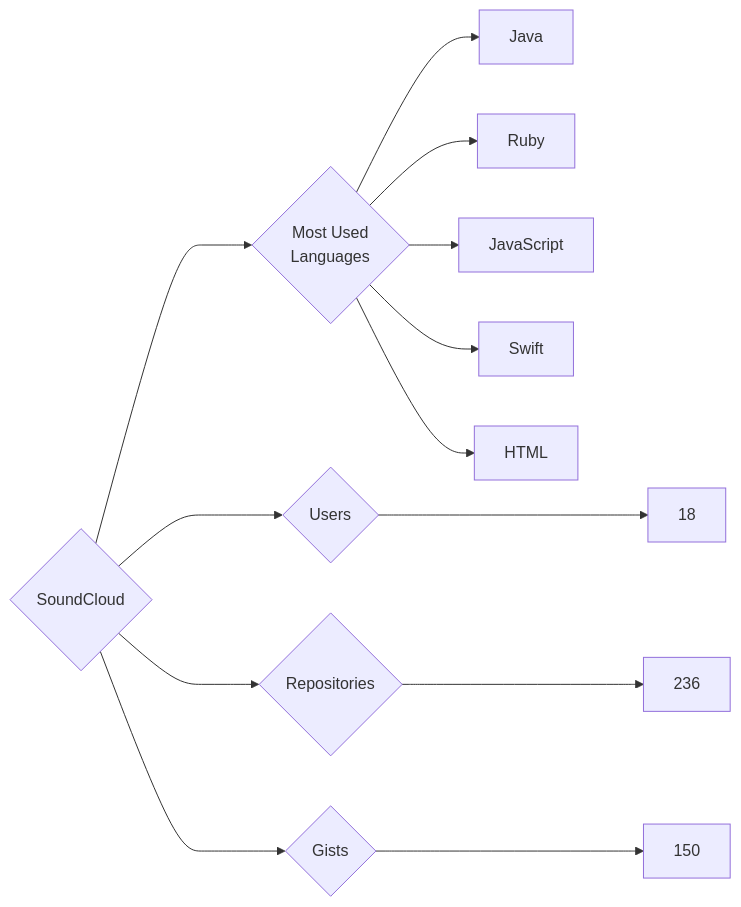
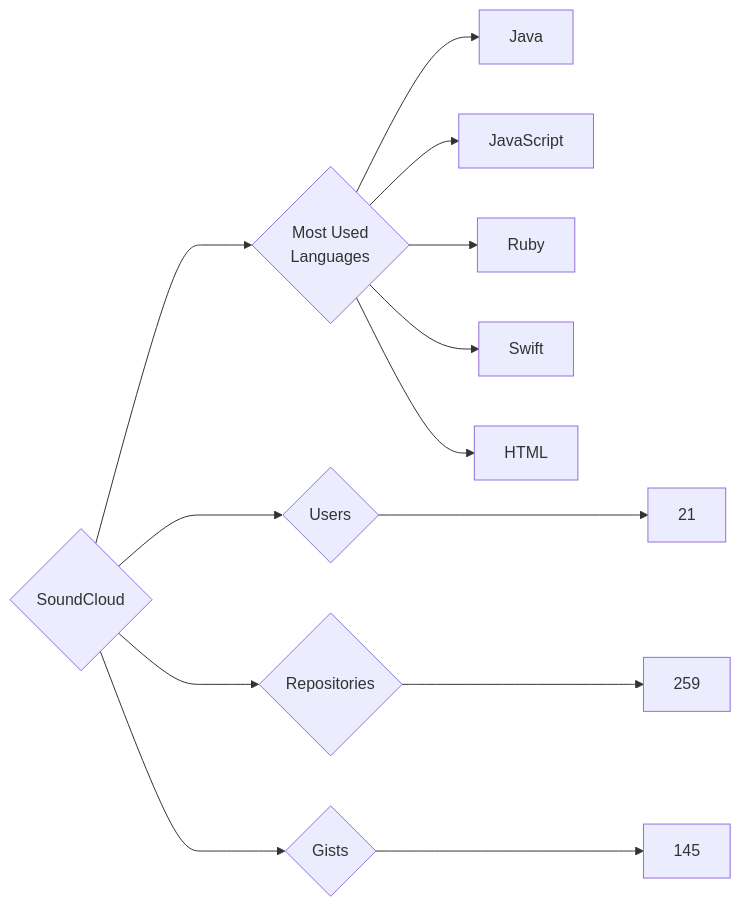
One commit to trickest/insiders changed the diagram in targets/SoundCloud/README.md. Above: the diagram before and after it, drawn with Mermaid. The commit also changed 948 other files, not shown here.

````diff
--- a/targets/SoundCloud/README.md
+++ b/targets/SoundCloud/README.md
@@ -3,13 +3,13 @@
 ```mermaid
 graph LR
 COMPANY_NAME{SoundCloud}
-COMPANY_NAME ---> U{Users} ---> UN[18]
-COMPANY_NAME ---> R{Repositories} ---> RN[236]
-COMPANY_NAME ---> G{Gists} ---> GN[150]
+COMPANY_NAME ---> U{Users} ---> UN[21]
+COMPANY_NAME ---> R{Repositories} ---> RN[259]
+COMPANY_NAME ---> G{Gists} ---> GN[145]
 COMPANY_NAME ---> ML{Most Used<br>Languages}
 ML --> Java[Java]
+ML --> JavaScript[JavaScript]
 ML --> Ruby[Ruby]
-ML --> JavaScript[JavaScript]
 ML --> Swift[Swift]
 ML --> HTML[HTML]
 ```
````
